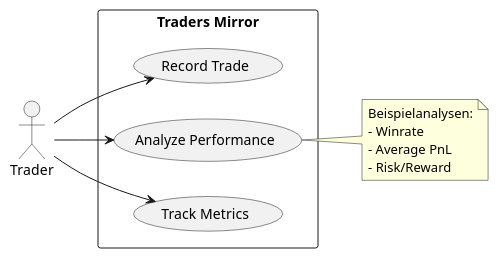
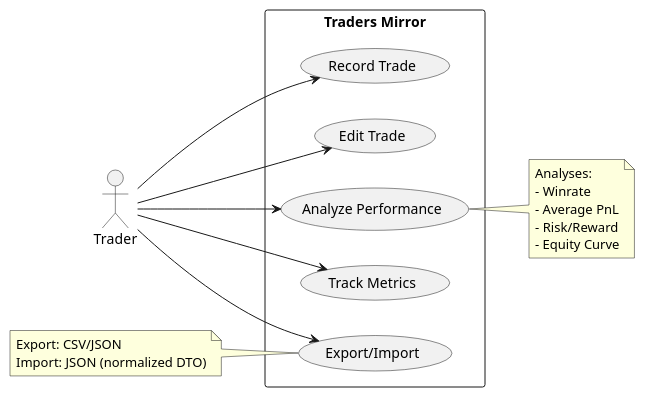
Before and after one commit to monkey-trader/traders-mirror: the diagram in docs/diagrams/usecases.puml, drawn with PlantUML. The commit also changed 33 other files, not shown here.

First line of the commit message:
Feature/docs/update diagrams (#9)

```diff
--- a/docs/diagrams/usecases.puml
+++ b/docs/diagrams/usecases.puml
@@ -1,19 +1,29 @@
 @startuml
 left to right direction
 actor Trader
 rectangle "Traders Mirror" {
   usecase "Record Trade" as U1
+  usecase "Edit Trade" as U4
   usecase "Analyze Performance" as U2
   usecase "Track Metrics" as U3
+  usecase "Export/Import" as U5
 }
 Trader --> U1
+Trader --> U4
 Trader --> U2
 Trader --> U3
+Trader --> U5
 
 note right of U2
-  Beispielanalysen:
+  Analyses:
   - Winrate
   - Average PnL
   - Risk/Reward
+  - Equity Curve
+end note
+
+note left of U5
+  Export: CSV/JSON
+  Import: JSON (normalized DTO)
 end note
 @enduml
```
